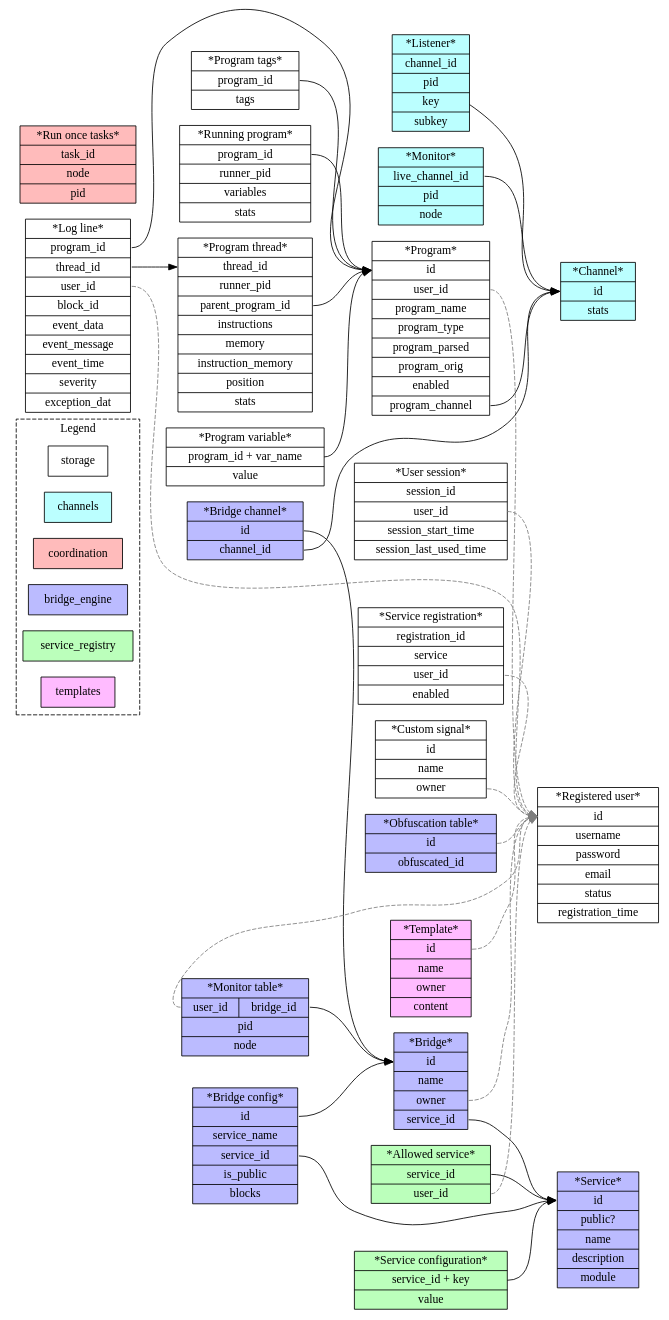
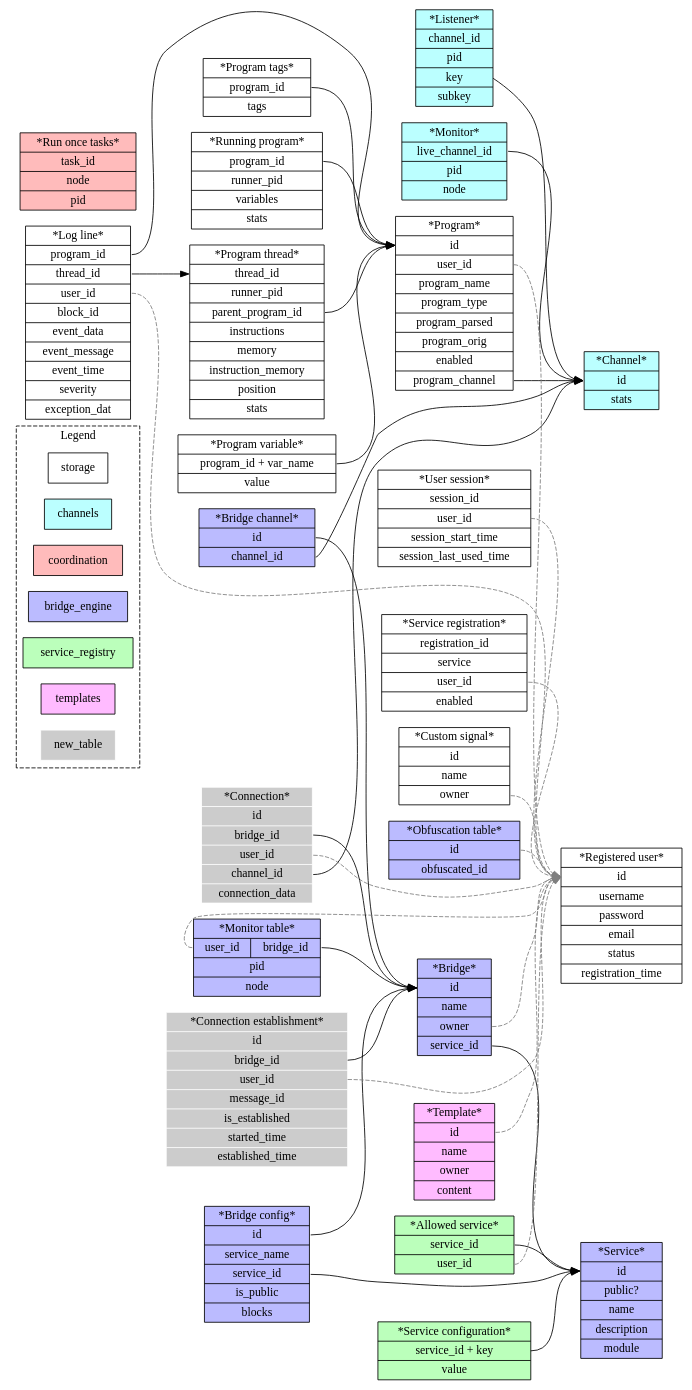
The diagram in docs/diagrams/db-model.gv (programaker-project/Programaker-Core), drawn with Graphviz before and after one commit.

Commit message:
Draft DB changes for connection establishment.

```diff
--- a/docs/diagrams/db-model.gv
+++ b/docs/diagrams/db-model.gv
@@ -1,150 +1,166 @@
 digraph g {
   rankdir=LR
   node[shape=record];
   style=dashed;
 
   subgraph cluster_legend {
     label="Legend"
 
     storage;
     channels[style=filled,fillcolor="#bbffff"];
     coordination[style=filled,fillcolor="#ffbbbb"]
     bridge_engine[style=filled,fillcolor="#bbbbff"];
     service_registry[style=filled,fillcolor="#bbffbb"]
     templates[style=filled,fillcolor="#ffbbff"]
+
+    new_table[style=filled,fillcolor="#cccccc",color=white]
+    // modified_table[shape=octagon] // Not used
   }
 
 
   subgraph group_core_channels {
     label="Channels";
     node[style=filled,fillcolor="#bbffff"];
 
 
     // LIVE_CHANNELS_TABLE | automate_channel_engine_live_channels_table
     live_channels_table_entry[label="*Channel* | <pk> id | stats"];
 
     // LISTENERS_TABLE | automate_channel_engine_listeners_table
     listeners_table_entry[label="*Listener*| <f0> channel_id | pid | key | subkey"];
     listeners_table_entry -> live_channels_table_entry:pk;
 
     // MONITORS_TABLE | automate_channel_engine_monitors_table
     monitors_table_entry[label="*Monitor* | <f0> live_channel_id | pid | node"];
     monitors_table_entry:f0 -> live_channels_table_entry:pk;
   }
 
   subgraph group_core_storage {
     label="Storage";
 
     // REGISTERED_USERS_TABLE | automate_registered_users
     registered_user_entry[label="*Registered user* | <pk> id | username | password | email | status | registration_time"];
 
     // USER_SESSIONS_TABLE | automate_user_sessions
     user_session_entry[label="*User session* | <pk> session_id | <f0> user_id | session_start_time | session_last_used_time"];
     user_session_entry:f0 -> registered_user_entry:pk[style=dashed,color="#7f7f7f"];
 
     // // USER_MONITORS_TABLE | automate_user_monitors
     // monitor_entry[label="*Monitor entry* | <pk> id | <f0> user_id | type | name | value"];
 
     // monitor_entry:f0 -> registered_user_entry:pk[style=dashed,color="#7f7f7f"];
 
     // USER_PROGRAMS_TABLE | automate_user_programs
     user_program_entry[label="*Program* | <pk> id | <f0> user_id | program_name | program_type | program_parsed | program_orig | enabled | <f1> program_channel"];
     user_program_entry:f0 -> registered_user_entry:pk[style=dashed,color="#7f7f7f"];
     user_program_entry:f1 -> live_channels_table_entry:pk;
 
     // USER_PROGRAMS_LOGS_TABLE | automate_user_program_logs
     user_program_logs_entry[label="*Log line* | <f0> program_id | <f1> thread_id | <f2> user_id | block_id | event_data | event_message | event_time | severity | exception_dat"];
     user_program_logs_entry:f0 -> user_program_entry:pk;
     user_program_logs_entry:f2 -> registered_user_entry:pk[style=dashed,color="#7f7f7f"];
 
     // PROGRAM_TAGS_TABLE | automate_program_tags
     program_tags_entry[label="*Program tags* | <f0> program_id | tags"];
     program_tags_entry:f0 -> user_program_entry:pk;
 
     // RUNNING_PROGRAMS_TABLE | automate_running_programs
     running_program_entry[label="*Running program*| <f0> program_id | runner_pid | variables | stats"];
     running_program_entry:f0 -> user_program_entry:pk;
 
     // RUNNING_THREADS_TABLE | automate_running_program_threads
     running_program_thread_entry[label="*Program thread* | <pk> thread_id | runner_pid | <f0> parent_program_id | instructions | memory | instruction_memory | position | stats"];
     user_program_logs_entry:f1 -> running_program_thread_entry:pk;
     running_program_thread_entry:f0 -> user_program_entry:pk;
 
     // REGISTERED_SERVICES_TABLE | automate_registered_services
     registered_service_entry[label="*Service registration* | <pk> registration_id | <f0> service |  <f1> user_id | enabled"];
     registered_service_entry:f1 -> registered_user_entry:pk[style=dashed,color="#7f7f7f"];
 
     // PROGRAM_VARIABLE_TABLE | automate_program_variable_table
     program_variable_table_entry[label="*Program variable* | <f0> program_id + var_name | value"];
     program_variable_table_entry:f0 -> user_program_entry:pk;  // Not sure if user program or running program
 
     // CUSTOM_SIGNALS_TABLE | automate_custom_signals_table
     custom_signal_entry[label="*Custom signal* | <pk> id | name | <f0> owner"];
     custom_signal_entry:f0 -> registered_user_entry:pk[style=dashed,color="#7f7f7f"];
   }
 
   subgraph group_coordination {
     label="Coordination";
     node[style=filled,fillcolor="#ffbbbb"];
 
     // RUN_ONCE_TASKS_TABLE | automate_coordination_run_once_tasks
     run_once_tasks_table_entry[label="*Run once tasks* | <pk> task_id | node | pid"]
   }
 
   subgraph group_bridges {
     label="Bridge engine";
 
     node[style=filled,fillcolor="#bbbbff"]
 
     // SERVICE_PORT_TABLE | automate_service_port_table
     service_port_entry[label="*Bridge* | <pk> id | name | <f0> owner | <f1> service_id"]
     service_port_entry:f0 -> registered_user_entry:pk[style=dashed,color="#7f7f7f"];
     service_port_entry:f1 -> services_table_entry:pk;
 
     // SERVICE_PORT_CONFIGURATION_TABLE | automate_service_port_configuration_table
     service_port_configuration[label="*Bridge config* | <pk> id | service_name | <f0> service_id | is_public | blocks"]
     service_port_configuration:pk -> service_port_entry:pk;
     service_port_configuration:f0 -> services_table_entry:pk
 
 
     // SERVICE_PORT_USERID_OBFUSCATION_TABLE | automate_service_port_userid_obfuscation_table
     service_port_user_obfusction_entry[label="*Obfuscation table* | <pk> id | <f0> obfuscated_id"]
     service_port_user_obfusction_entry:pk -> registered_user_entry:pk[style=dashed,color="#7f7f7f"];
 
     // SERVICE_PORT_CHANNEL_TABLE | automate_service_port_channel_table
     service_port_monitor_channel_entry[label="*Bridge channel* | <pk> id | <f0> channel_id"]
     service_port_monitor_channel_entry:pk -> service_port_entry:pk;
     service_port_monitor_channel_entry:f0 -> live_channels_table_entry:pk;
 
     // SERVICE_PORT_CHANNEL_MONITORS_TABLE | automate_service_port_channel_monitors_table
     channel_monitor_table_entry[label="*Monitor table* | {<f0> user_id|<f1> bridge_id} | pid | node"]
     channel_monitor_table_entry:f0 -> registered_user_entry:pk[style=dashed,color="#7f7f7f"];
     channel_monitor_table_entry:f1 -> service_port_entry:pk
-  }
+
+
+    connection_entry[style=filled,fillcolor="#cccccc",color=white,
+                     label="*Connection* | <pk> id | <f0> bridge_id | <f1> user_id | <f2> channel_id | <f3> connection_data"]
+    connection_entry:f0 -> service_port_entry:pk
+    connection_entry:f1 -> registered_user_entry:pk[style=dashed,color="#7f7f7f"];
+    connection_entry:f2 -> live_channels_table_entry:pk
+    // Connection data might store data from the bridges
+
+    connection_establishment_entry[style=filled,fillcolor="#cccccc",color=white,
+                                   label="*Connection establishment* | <pk> id | <f0> bridge_id | <f1> user_id | message_id | is_established | started_time | established_time"]
+    connection_establishment_entry:f0 -> service_port_entry:pk
+    connection_establishment_entry:f1 -> registered_user_entry:pk[style=dashed,color="#7f7f7f"];
+}
 
   subgraph group_core_services {
     label="Service registry";
     node[style=filled,fillcolor="#bbffbb"]
 
     // SERVICE_REGISTRY_TABLE | automate_service_registry_services_table
     services_table_entry[label="*Service* | <pk> id | public? | name | description | module"];
 
     // USER_SERVICE_ALLOWANCE_TABLE | automate_service_registry_user_service_allowance_table
     user_service_allowance_entry[label="*Allowed service*| <f0> service_id | <f1> user_id"];
     user_service_allowance_entry:f0 -> services_table_entry:pk;
     user_service_allowance_entry:f1 -> registered_user_entry:pk[style=dashed,color="#7f7f7f"];
 
     // SERVICE_CONFIGURATION_TABLE | automate_service_registry_service_configuration_table
     service_configuration_entry[label="*Service configuration* | <pk> service_id + key | value "];
     service_configuration_entry:pk -> services_table_entry:pk;
   }
 
   subgraph group_core_template_engine {
     label="Template engine"
     node[style=filled,fillcolor="#ffbbff"]
 
     // TEMPLATE_TABLE | automate_template_engine_templates_table
     template_entry[label="*Template* | <pk> id | name | <f0> owner | content"]
     template_entry:pk -> registered_user_entry:pk[style=dashed,color="#7f7f7f"];
   }
 }
```
